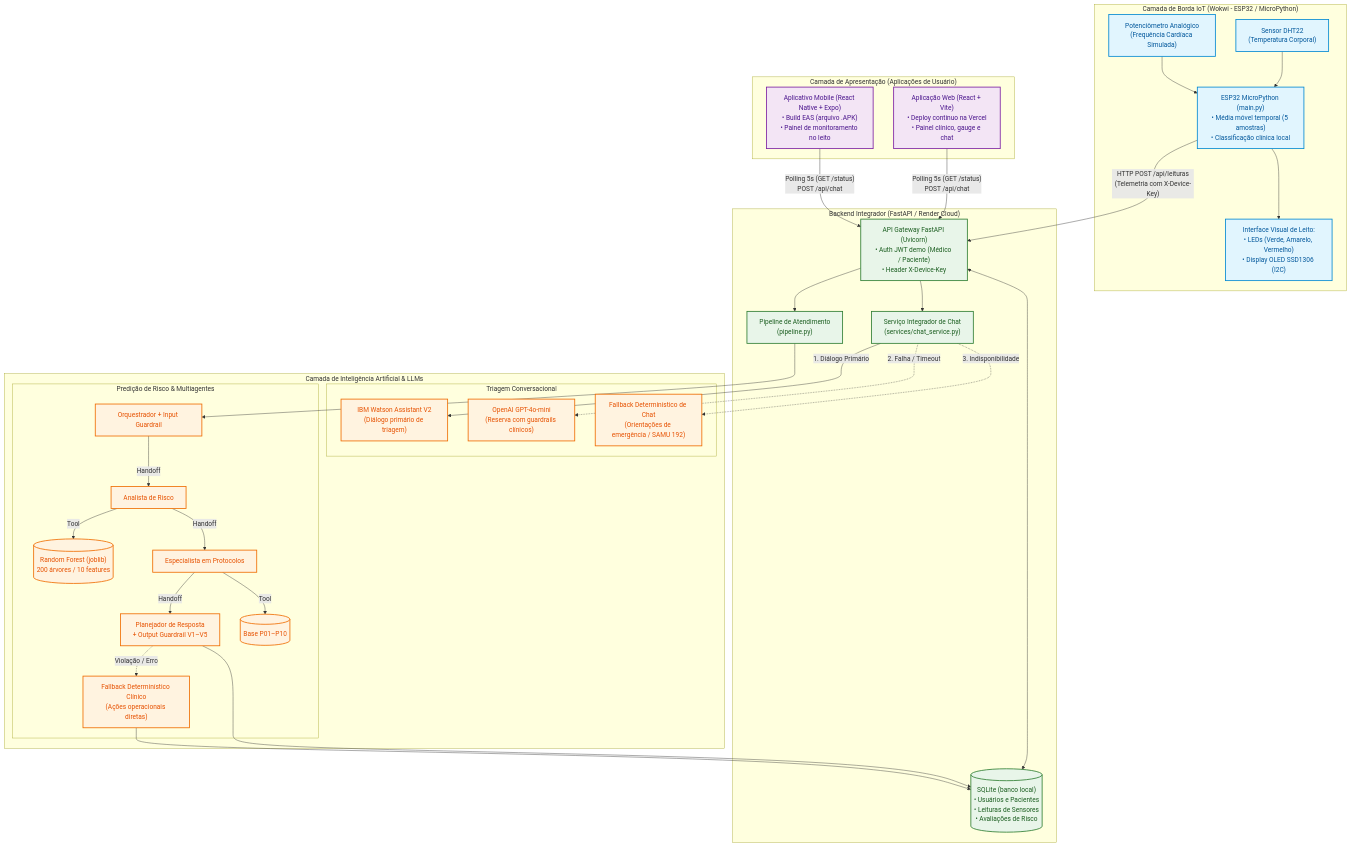
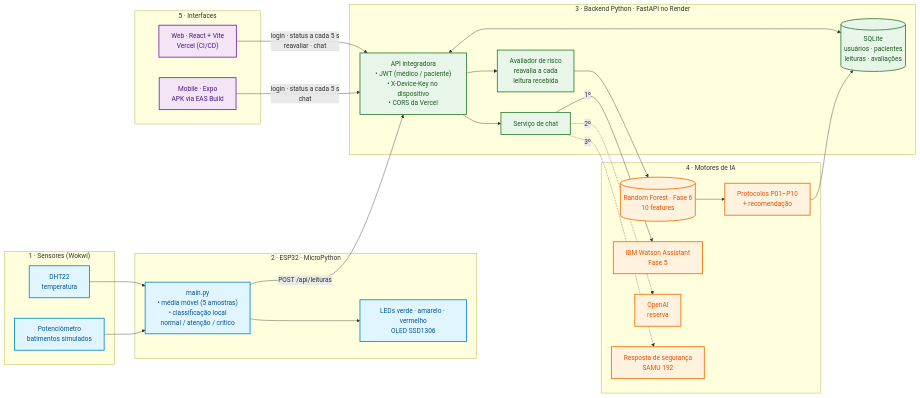
The diagram in 2TIAO/FASE7-CARDIOIA/document/fonte/arquitetura_final.mmd (Fiap-RJ/TIAO-2026), drawn with Mermaid before and after one commit. The commit also changed 6 other files, not shown here.

First line of the commit message:
docs(fase7-cardioia): add phase README, technical report and final architecture

```diff
--- a/2TIAO/FASE7-CARDIOIA/document/fonte/arquitetura_final.mmd
+++ b/2TIAO/FASE7-CARDIOIA/document/fonte/arquitetura_final.mmd
@@ -1,84 +1,57 @@
-flowchart TB
-    %% Estilos visuais por camada
-    classDef bordaStyle fill:#e1f5fe,stroke:#0288d1,stroke-width:2px,color:#01579b;
-    classDef backendStyle fill:#e8f5e9,stroke:#2e7d32,stroke-width:2px,color:#1b5e20;
-    classDef iaStyle fill:#fff3e0,stroke:#ef6c00,stroke-width:2px,color:#e65100;
-    classDef frontStyle fill:#f3e5f5,stroke:#7b1fa2,stroke-width:2px,color:#4a148c;
+flowchart LR
+    %% Fluxo do enunciado: Sensor → MicroPython → Backend Python → APIs de IA → UI
+    classDef borda fill:#e1f5fe,stroke:#0288d1,stroke-width:2px,color:#01579b;
+    classDef backend fill:#e8f5e9,stroke:#2e7d32,stroke-width:2px,color:#1b5e20;
+    classDef ia fill:#fff3e0,stroke:#ef6c00,stroke-width:2px,color:#e65100;
+    classDef front fill:#f3e5f5,stroke:#7b1fa2,stroke-width:2px,color:#4a148c;
 
-    %% CAMADA 1: Borda IoT (Wokwi)
-    subgraph BORDA [" Camada de Borda IoT (Wokwi - ESP32 / MicroPython) "]
-        S1["Sensor DHT22<br/>(Temperatura Corporal)"]
-        S2["Potenciômetro Analógico<br/>(Frequência Cardíaca Simulada)"]
-        ESP["ESP32 MicroPython (main.py)<br/>• Média móvel temporal (5 amostras)<br/>• Classificação clínica local"]
-        HMI["Interface Visual de Leito:<br/>• LEDs (Verde, Amarelo, Vermelho)<br/>• Display OLED SSD1306 (I2C)"]
-        
-        S1 --> ESP
-        S2 --> ESP
-        ESP --> HMI
+    subgraph SENSOR ["1 · Sensores (Wokwi)"]
+        DHT["DHT22<br/>temperatura"]
+        POT["Potenciômetro<br/>batimentos simulados"]
     end
 
-    %% CAMADA 2: Backend Integrador (FastAPI no Render)
-    subgraph BACKEND [" Backend Integrador (FastAPI / Render Cloud) "]
-        API["API Gateway FastAPI (Uvicorn)<br/>• Auth JWT demo (Médico / Paciente)<br/>• Header X-Device-Key"]
-        DB[("SQLite (banco local)<br/>• Usuários e Pacientes<br/>• Leituras de Sensores<br/>• Avaliações de Risco")]
-        CHAT_SRV["Serviço Integrador de Chat<br/>(services/chat_service.py)"]
-        PIPE["Pipeline de Atendimento<br/>(pipeline.py)"]
-        
-        API <--> DB
-        API --> CHAT_SRV
-        API --> PIPE
+    subgraph BORDA ["2 · ESP32 · MicroPython"]
+        ESP["main.py<br/>• média móvel (5 amostras)<br/>• classificação local<br/>normal / atenção / crítico"]
+        HMI["LEDs verde · amarelo · vermelho<br/>OLED SSD1306"]
     end
 
-    %% CAMADA 3: Camada de IA, Modelos e Serviços Cognitivos
-    subgraph IA [" Camada de Inteligência Artificial & LLMs "]
-        subgraph CHAT_COGNITIVO [" Triagem Conversacional "]
-            WATSON["IBM Watson Assistant V2<br/>(Diálogo primário de triagem)"]
-            OAI_CHAT["OpenAI GPT-4o-mini<br/>(Reserva com guardrails clínicos)"]
-            DET_CHAT["Fallback Determinístico de Chat<br/>(Orientações de emergência / SAMU 192)"]
-        end
-
-        subgraph MOTOR_PREDITIVO [" Predição de Risco & Multiagentes "]
-            RF[("Random Forest (joblib)<br/>200 árvores / 10 features")]
-            AG_ORQ["Orquestrador + Input Guardrail"]
-            AG_ANA["Analista de Risco"]
-            AG_ESP["Especialista em Protocolos"]
-            AG_PLAN["Planejador de Resposta<br/>+ Output Guardrail V1–V5"]
-            BASE_PROT[("Base P01–P10")]
-            FALLBACK_DET["Fallback Determinístico Clínico<br/>(Ações operacionais diretas)"]
-        end
+    subgraph BACK ["3 · Backend Python · FastAPI no Render"]
+        API["API integradora<br/>• JWT (médico / paciente)<br/>• X-Device-Key no dispositivo<br/>• CORS da Vercel"]
+        DB[("SQLite<br/>usuários · pacientes<br/>leituras · avaliações")]
+        AVAL["Avaliador de risco<br/>reavalia a cada<br/>leitura recebida"]
+        CHAT["Serviço de chat"]
     end
 
-    %% CAMADA 4: Camada de Apresentação
-    subgraph FRONT [" Camada de Apresentação (Aplicações de Usuário) "]
-        WEB["Aplicação Web (React + Vite)<br/>• Deploy contínuo na Vercel<br/>• Painel clínico, gauge e chat"]
-        MOBILE["Aplicativo Mobile (React Native + Expo)<br/>• Build EAS (arquivo .APK)<br/>• Painel de monitoramento no leito"]
+    subgraph IA ["4 · Motores de IA"]
+        RF[("Random Forest · Fase 6<br/>10 features")]
+        PROT["Protocolos P01–P10<br/>+ recomendação"]
+        WATSON["IBM Watson Assistant<br/>Fase 5"]
+        OAI["OpenAI<br/>reserva"]
+        FB["Resposta de segurança<br/>SAMU 192"]
     end
 
-    %% Conexões e Fluxo de Dados
-    ESP -- "HTTP POST /api/leituras<br/>(Telemetria com X-Device-Key)" --> API
+    subgraph UI ["5 · Interfaces"]
+        WEB["Web · React + Vite<br/>Vercel (CI/CD)"]
+        APK["Mobile · Expo<br/>APK via EAS Build"]
+    end
 
-    %% Fluxo do Chat
-    CHAT_SRV -- "1. Diálogo Primário" --> WATSON
-    CHAT_SRV -. "2. Falha / Timeout" .-> OAI_CHAT
-    CHAT_SRV -. "3. Indisponibilidade" .-> DET_CHAT
+    DHT --> ESP
+    POT --> ESP
+    ESP --> HMI
+    ESP -- "POST /api/leituras" --> API
+    API <--> DB
+    API --> AVAL
+    AVAL --> RF
+    RF --> PROT
+    PROT --> DB
+    API --> CHAT
+    CHAT -- "1º" --> WATSON
+    CHAT -. "2º" .-> OAI
+    CHAT -. "3º" .-> FB
+    WEB -- "login · status a cada 5 s<br/>reavaliar · chat" --> API
+    APK -- "login · status a cada 5 s<br/>chat" --> API
 
-    %% Fluxo do Pipeline Multiagente
-    PIPE --> AG_ORQ
-    AG_ORQ -- "Handoff" --> AG_ANA
-    AG_ANA -- "Tool" --> RF
-    AG_ANA -- "Handoff" --> AG_ESP
-    AG_ESP -- "Tool" --> BASE_PROT
-    AG_ESP -- "Handoff" --> AG_PLAN
-    AG_PLAN -. "Violação / Erro" .-> FALLBACK_DET
-    AG_PLAN --> DB
-    FALLBACK_DET --> DB
-
-    %% Consumo Front-End
-    WEB -- "Polling 5s (GET /status)<br/>POST /api/chat" --> API
-    MOBILE -- "Polling 5s (GET /status)<br/>POST /api/chat" --> API
-
-    %% Aplicação de Classes
-    class S1,S2,ESP,HMI bordaStyle;
-    class API,DB,CHAT_SRV,PIPE backendStyle;
-    class WATSON,OAI_CHAT,DET_CHAT,RF,AG_ORQ,AG_ANA,AG_ESP,AG_PLAN,BASE_PROT,FALLBACK_DET iaStyle;
-    class WEB,MOBILE frontStyle;
+    class DHT,POT,ESP,HMI borda;
+    class API,DB,AVAL,CHAT backend;
+    class RF,PROT,WATSON,OAI,FB ia;
+    class WEB,APK front;
```
